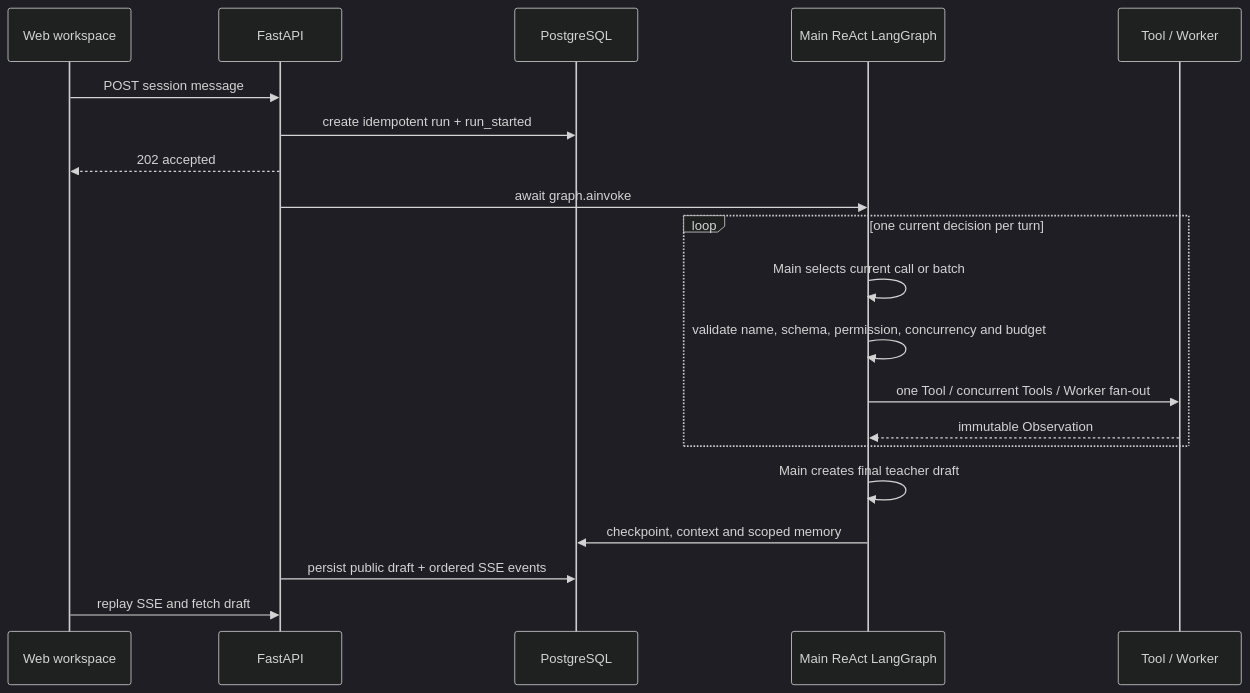
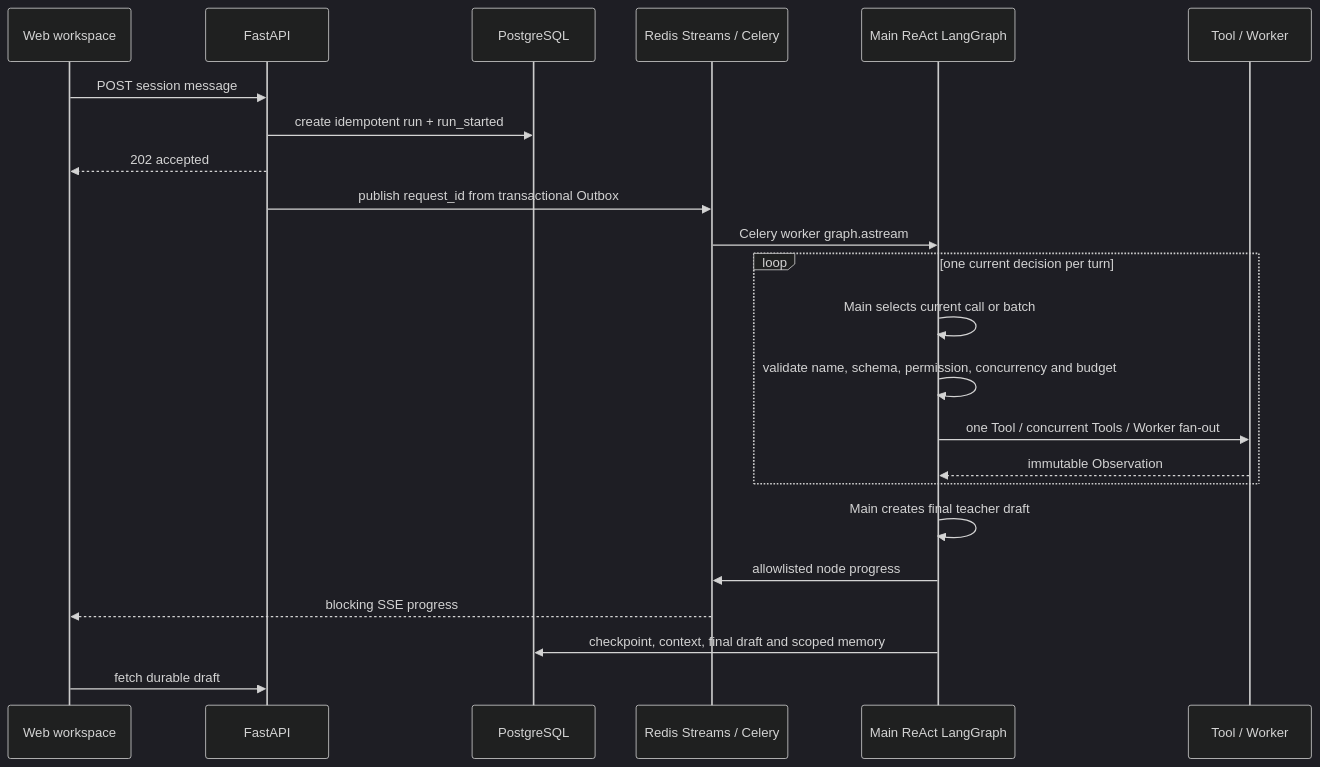
The diagram in docs/architecture.md (MengC-OvO/easy-teaching), drawn with Mermaid (dark theme) before and after one commit. The commit also changed other lines of this file and 93 other files, not shown here.

````diff
--- a/docs/architecture.md
+++ b/docs/architecture.md
@@ -37,23 +37,26 @@
 ```mermaid
 sequenceDiagram
     participant UI as Web workspace
     participant API as FastAPI
     participant DB as PostgreSQL
+    participant R as Redis Streams / Celery
     participant G as Main ReAct LangGraph
     participant C as Tool / Worker
 
     UI->>API: POST session message
     API->>DB: create idempotent run + run_started
     API-->>UI: 202 accepted
-    API->>G: await graph.ainvoke
+    API->>R: publish request_id from transactional Outbox
+    R->>G: Celery worker graph.astream
     loop one current decision per turn
         G->>G: Main selects current call or batch
         G->>G: validate name, schema, permission, concurrency and budget
         G->>C: one Tool / concurrent Tools / Worker fan-out
         C-->>G: immutable Observation
     end
     G->>G: Main creates final teacher draft
-    G->>DB: checkpoint, context and scoped memory
-    API->>DB: persist public draft + ordered SSE events
-    UI->>API: replay SSE and fetch draft
+    G->>R: allowlisted node progress
+    R-->>UI: blocking SSE progress
+    G->>DB: checkpoint, context, final draft and scoped memory
+    UI->>API: fetch durable draft
 ```
````
